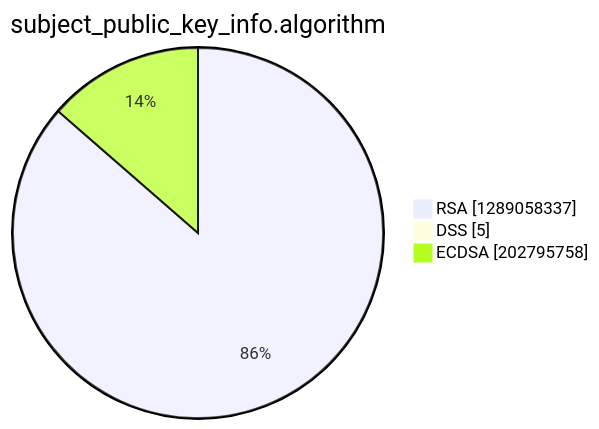
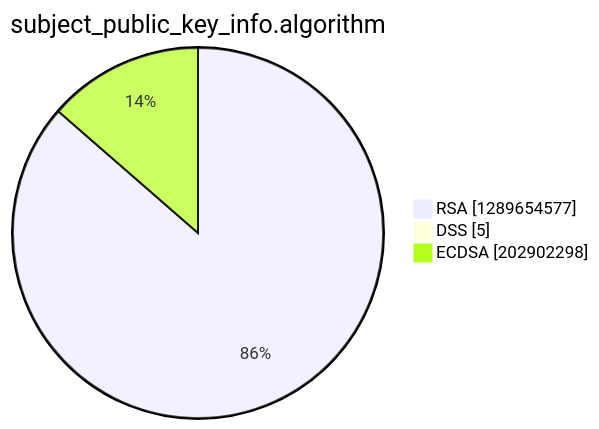
Before and after one commit to christiankrug/ctmonitor_visualization: the third of 15 diagrams in argon2022/README.md, drawn with Mermaid. The commit also changed other lines of this file, not shown here.

````diff
--- a/argon2022/README.md
+++ b/argon2022/README.md
@@ -14,7 +14,7 @@
 ```mermaid
 pie showData
 title subject_public_key_info.algorithm
-"RSA" :1289058337
+"RSA" :1289654577
 "DSS" :5
-"ECDSA" :202795758
+"ECDSA" :202902298
 ```
````
